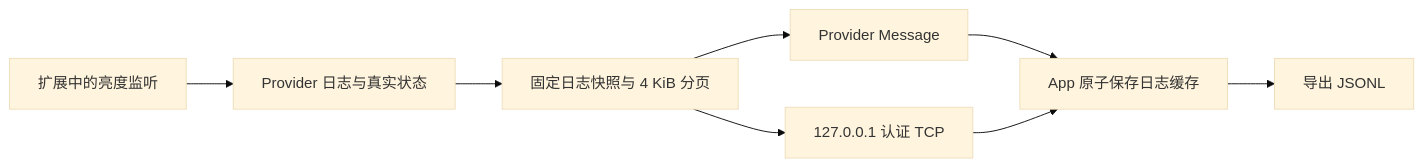
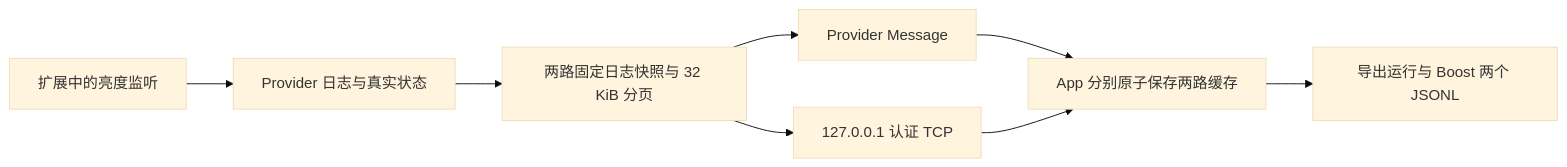
Before and after one commit to CodeBH0/AutoDarkShift: the diagram in docs/LOG_TRANSPORT.md, drawn with Mermaid (base theme). The commit also changed other lines of this file and 37 other files, not shown here.

````diff
--- a/docs/LOG_TRANSPORT.md
+++ b/docs/LOG_TRANSPORT.md
@@ -17,10 +17,10 @@
 ```mermaid
 flowchart LR
     M[扩展中的亮度监听] --> S[Provider 日志与真实状态]
-    S --> P[固定日志快照与 4 KiB 分页]
+    S --> P[两路固定日志快照与 32 KiB 分页]
     P --> N[Provider Message]
     P --> L[127.0.0.1 认证 TCP]
-    N --> C[App 原子保存日志缓存]
+    N --> C[App 分别原子保存两路缓存]
     L --> C
-    C --> E[导出 JSONL]
+    C --> E[导出运行与 Boost 两个 JSONL]
 ```
````
